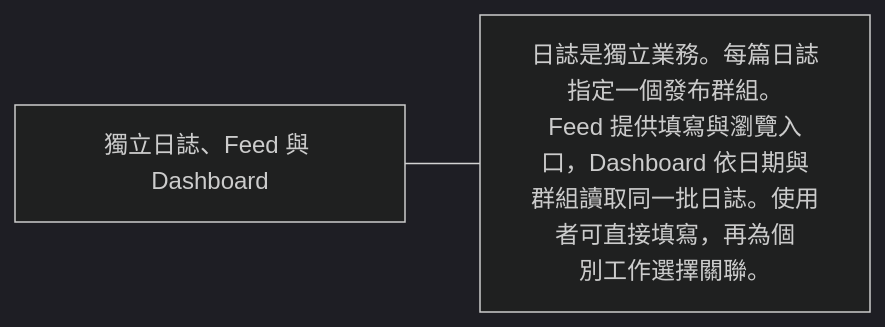
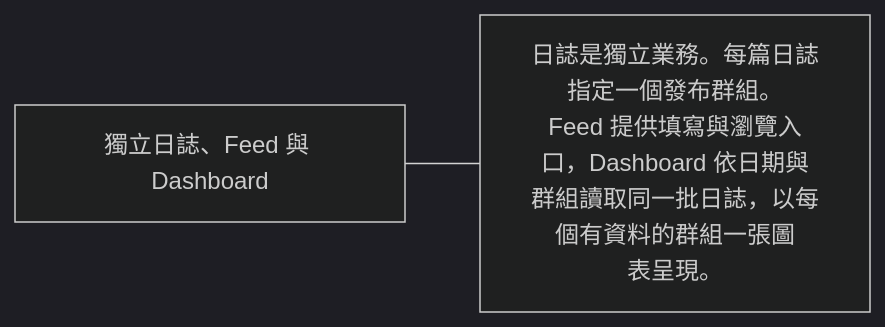
The first of 7 diagrams in docs/domains/journal.md (963sup/line-mini-app-bot), drawn with Mermaid (dark theme) before and after one commit. The commit also changed other lines of this file and 9 other files, not shown here.

Commit message:
feat(journal): add Feed composition and group progress charts (#11)

````diff
--- a/docs/domains/journal.md
+++ b/docs/domains/journal.md
@@ -5,5 +5,5 @@
 ```mermaid
 flowchart LR
   h["獨立日誌、Feed 與 Dashboard"]
-  h --- n0["日誌是獨立業務。每篇日誌指定一個發布群組。<br/>Feed 提供填寫與瀏覽入口，Dashboard 依日期與<br/>群組讀取同一批日誌。使用者可直接填寫，再為個<br/>別工作選擇關聯。"]
+  h --- n0["日誌是獨立業務。每篇日誌指定一個發布群組。<br/>Feed 提供填寫與瀏覽入口，Dashboard 依日期與<br/>群組讀取同一批日誌，以每個有資料的群組一張圖<br/>表呈現。"]
 ```
````
